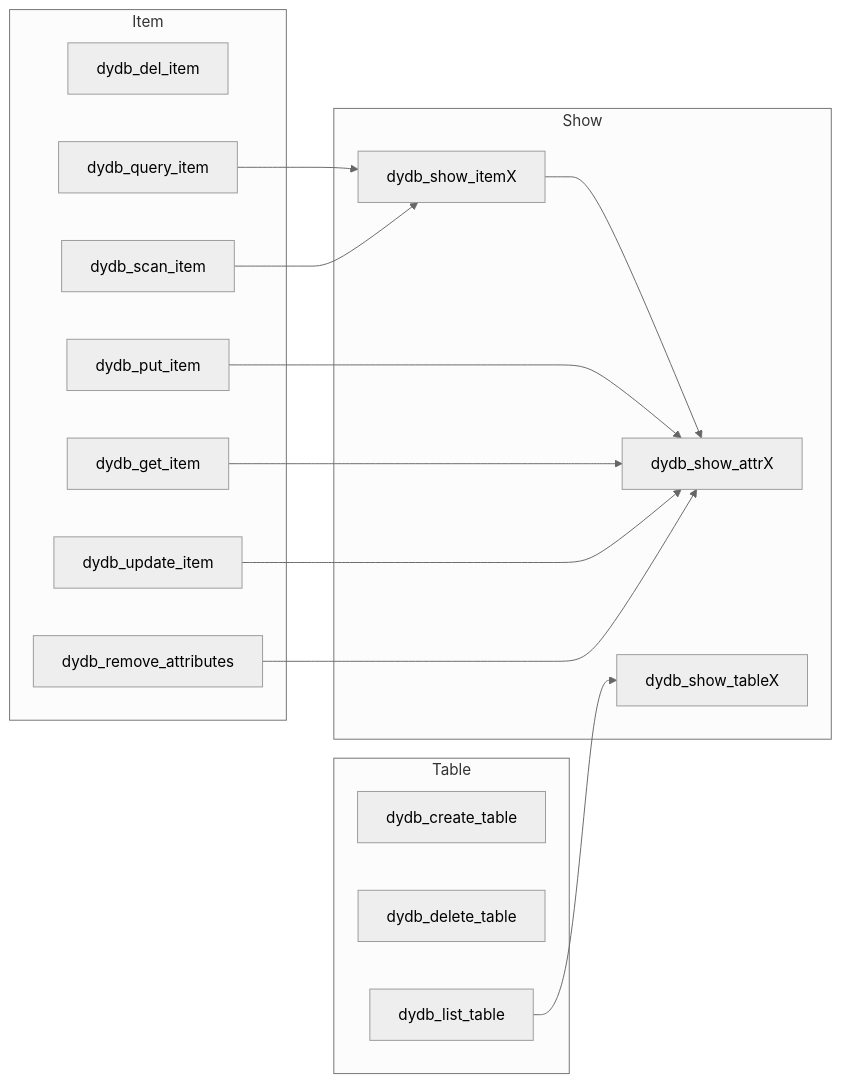
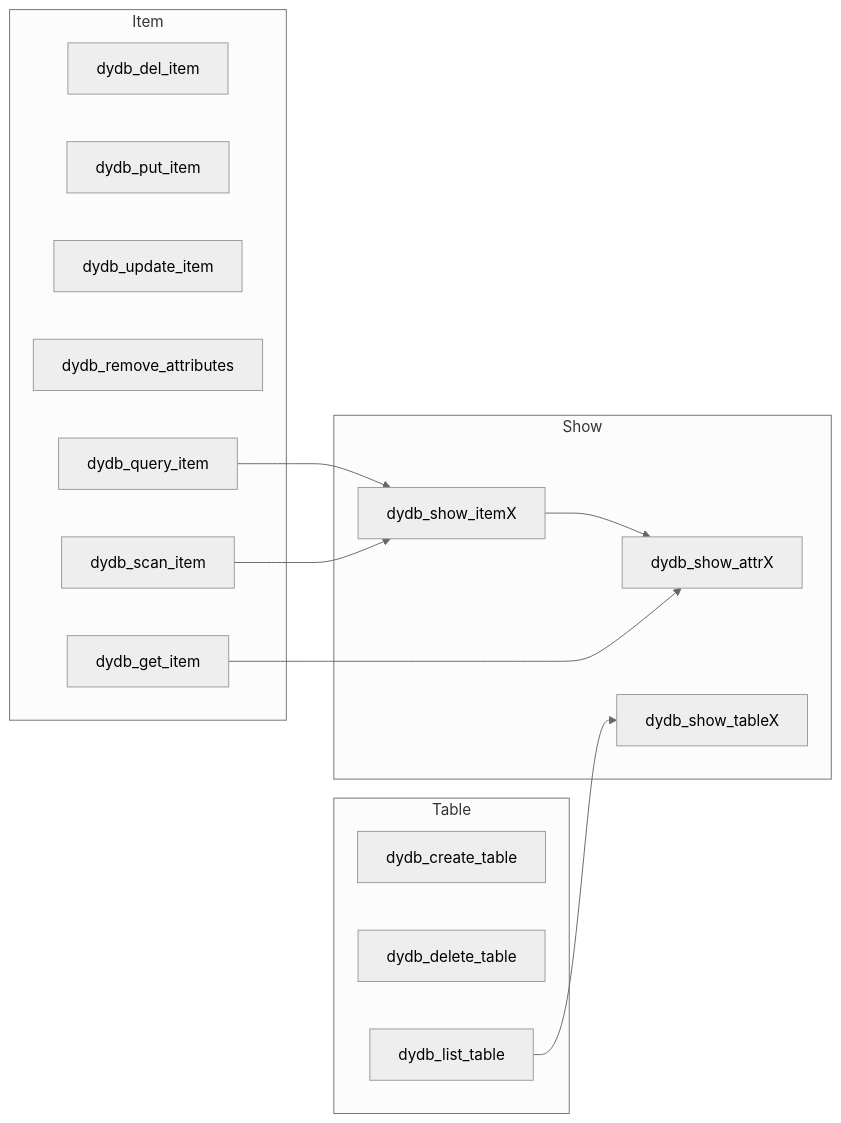
Before and after one commit to lankahsu520/awsX9: the diagram in README.md, drawn with Mermaid (neutral theme).

````diff
--- a/README.md
+++ b/README.md
@@ -6,24 +6,24 @@
 ```mermaid
 flowchart LR
 	subgraph Show
 		dydb_show_attrX
 		dydb_show_itemX --> dydb_show_attrX
 		dydb_show_tableX
 	end
 	subgraph Table
     	dydb_create_table
 		dydb_delete_table
 		dydb_list_table --> dydb_show_tableX
 	end
 
 	subgraph Item
 		dydb_del_item
-		dydb_put_item --> dydb_show_attrX
+		dydb_put_item
+		dydb_update_item
+		dydb_remove_attributes
+
 		dydb_get_item --> dydb_show_attrX
-		dydb_update_item --> dydb_show_attrX
 		dydb_query_item --> dydb_show_itemX
 		dydb_scan_item --> dydb_show_itemX
-	
-		dydb_remove_attributes --> dydb_show_attrX
 	end
 ```
````
